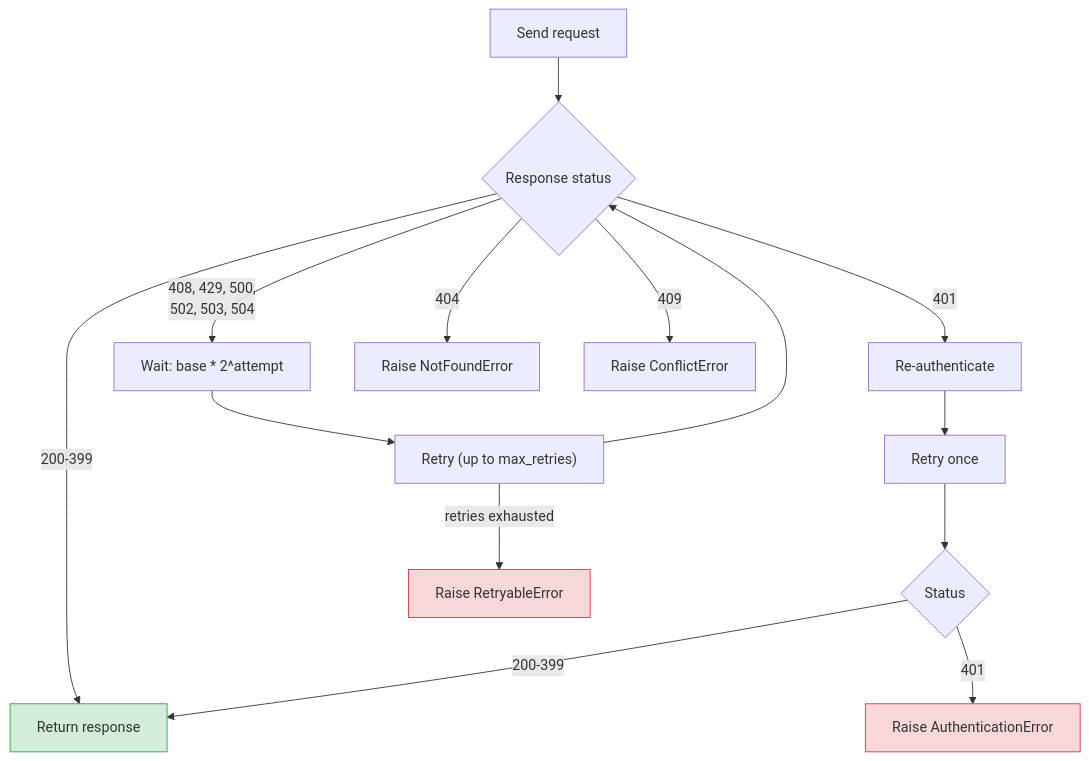
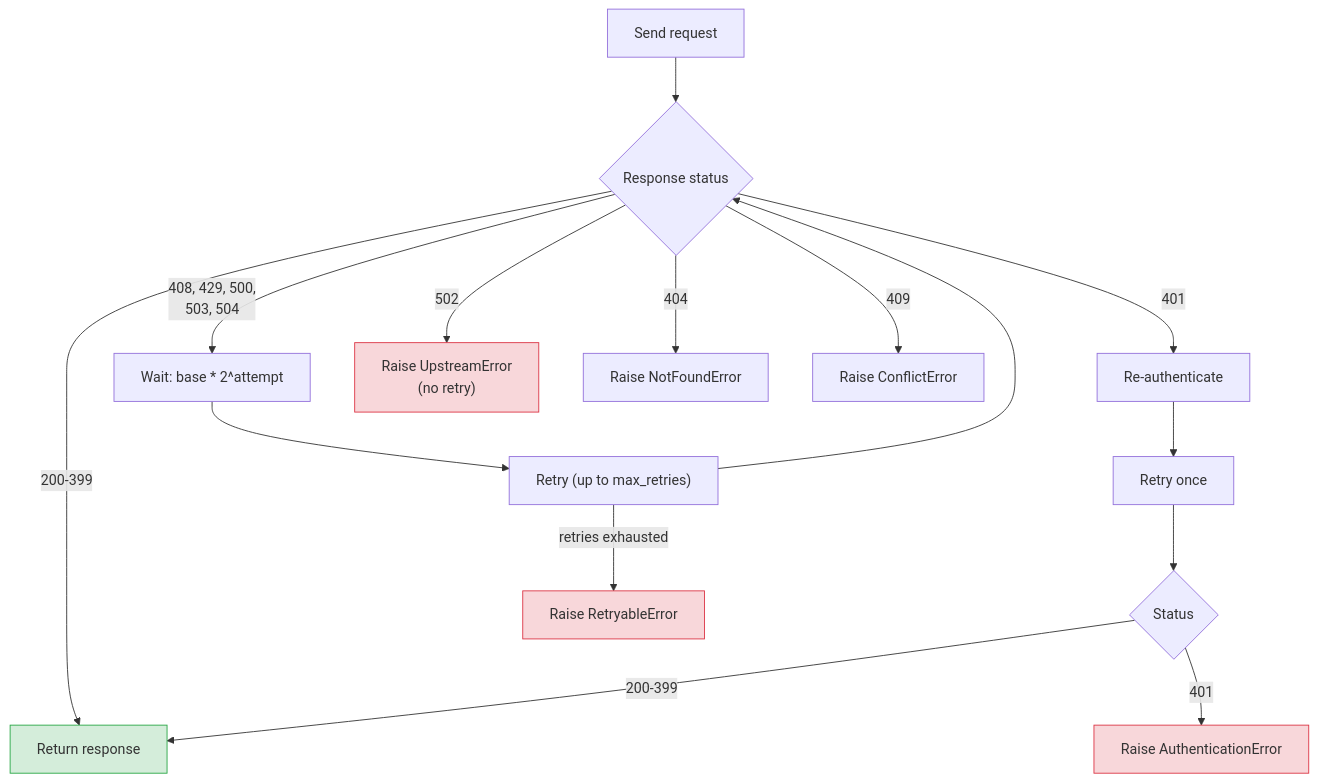
One commit to AI-Riksarkivet/ra-hcp changed the fifth of 7 diagrams in docs/sdk/index.md. Above: the diagram before and after it, drawn with Mermaid. The commit also changed other lines of this file and 11 other files, not shown here.

````diff
--- a/docs/sdk/index.md
+++ b/docs/sdk/index.md
@@ -364,22 +384,24 @@
 ```mermaid
 flowchart TD
     REQ["Send request"] --> STATUS{Response status}
     STATUS -->|"200-399"| OK["Return response"]
     STATUS -->|"401"| REAUTH["Re-authenticate"]
     REAUTH --> RETRY1["Retry once"]
     RETRY1 --> STATUS2{Status}
     STATUS2 -->|"200-399"| OK
     STATUS2 -->|"401"| FAIL["Raise AuthenticationError"]
 
-    STATUS -->|"408, 429, 500,<br/>502, 503, 504"| BACKOFF["Wait: base * 2^attempt"]
+    STATUS -->|"408, 429, 500,<br/>503, 504"| BACKOFF["Wait: base * 2^attempt"]
+    STATUS -->|"502"| UPSTREAM["Raise UpstreamError<br/>(no retry)"]
     BACKOFF --> RETRY2["Retry (up to max_retries)"]
     RETRY2 --> STATUS
     RETRY2 -->|"retries exhausted"| RETRIABLE["Raise RetryableError"]
 
     STATUS -->|"404"| NOT_FOUND["Raise NotFoundError"]
     STATUS -->|"409"| CONFLICT["Raise ConflictError"]
 
     style OK fill:#d4edda,stroke:#28a745
     style FAIL fill:#f8d7da,stroke:#dc3545
     style RETRIABLE fill:#f8d7da,stroke:#dc3545
+    style UPSTREAM fill:#f8d7da,stroke:#dc3545
 ```
````
